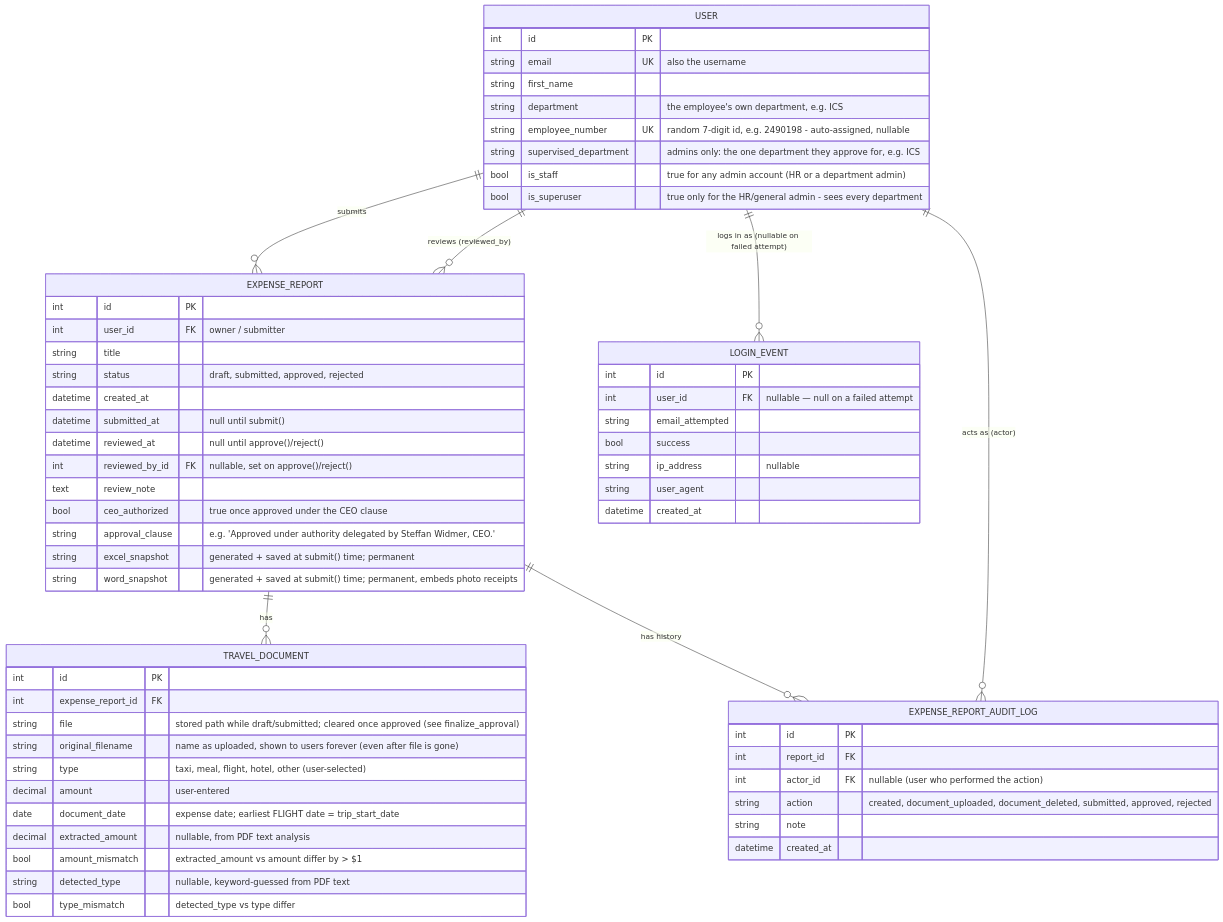
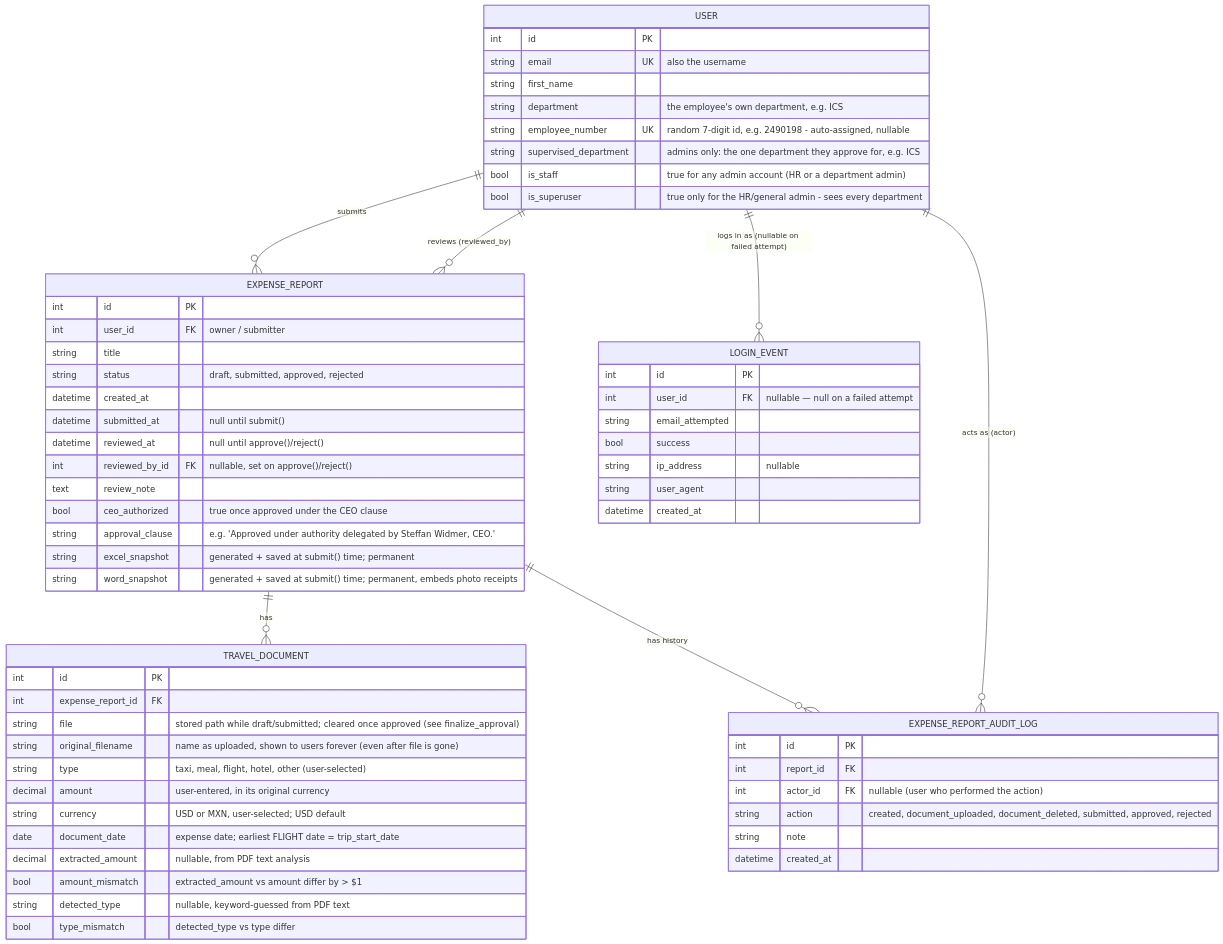
Before and after one commit to axelvalenzuela/Claude-Dev: the diagram in lab2/docs/DATA_MODEL.md, drawn with Mermaid. The commit also changed other lines of this file and 18 other files, not shown here.

````diff
--- a/lab2/docs/DATA_MODEL.md
+++ b/lab2/docs/DATA_MODEL.md
@@ -9,69 +9,70 @@
 ```mermaid
 erDiagram
     USER ||--o{ EXPENSE_REPORT : "submits"
     USER ||--o{ EXPENSE_REPORT : "reviews (reviewed_by)"
     USER ||--o{ LOGIN_EVENT : "logs in as (nullable on failed attempt)"
     USER ||--o{ EXPENSE_REPORT_AUDIT_LOG : "acts as (actor)"
     EXPENSE_REPORT ||--o{ TRAVEL_DOCUMENT : "has"
     EXPENSE_REPORT ||--o{ EXPENSE_REPORT_AUDIT_LOG : "has history"
 
     USER {
         int id PK
         string email UK "also the username"
         string first_name
         string department "the employee's own department, e.g. ICS"
         string employee_number UK "random 7-digit id, e.g. 2490198 - auto-assigned, nullable"
         string supervised_department "admins only: the one department they approve for, e.g. ICS"
         bool is_staff "true for any admin account (HR or a department admin)"
         bool is_superuser "true only for the HR/general admin - sees every department"
     }
 
     EXPENSE_REPORT {
         int id PK
         int user_id FK "owner / submitter"
         string title
         string status "draft, submitted, approved, rejected"
         datetime created_at
         datetime submitted_at "null until submit()"
         datetime reviewed_at "null until approve()/reject()"
         int reviewed_by_id FK "nullable, set on approve()/reject()"
         text review_note
         bool ceo_authorized "true once approved under the CEO clause"
         string approval_clause "e.g. 'Approved under authority delegated by Steffan Widmer, CEO.'"
         string excel_snapshot "generated + saved at submit() time; permanent"
         string word_snapshot "generated + saved at submit() time; permanent, embeds photo receipts"
     }
 
     TRAVEL_DOCUMENT {
         int id PK
         int expense_report_id FK
         string file "stored path while draft/submitted; cleared once approved (see finalize_approval)"
         string original_filename "name as uploaded, shown to users forever (even after file is gone)"
         string type "taxi, meal, flight, hotel, other (user-selected)"
-        decimal amount "user-entered"
+        decimal amount "user-entered, in its original currency"
+        string currency "USD or MXN, user-selected; USD default"
         date document_date "expense date; earliest FLIGHT date = trip_start_date"
         decimal extracted_amount "nullable, from PDF text analysis"
         bool amount_mismatch "extracted_amount vs amount differ by > $1"
         string detected_type "nullable, keyword-guessed from PDF text"
         bool type_mismatch "detected_type vs type differ"
     }
 
     EXPENSE_REPORT_AUDIT_LOG {
         int id PK
         int report_id FK
         int actor_id FK "nullable (user who performed the action)"
         string action "created, document_uploaded, document_deleted, submitted, approved, rejected"
         string note
         datetime created_at
     }
 
     LOGIN_EVENT {
         int id PK
         int user_id FK "nullable — null on a failed attempt"
         string email_attempted
         bool success
         string ip_address "nullable"
         string user_agent
         datetime created_at
     }
 ```
````
